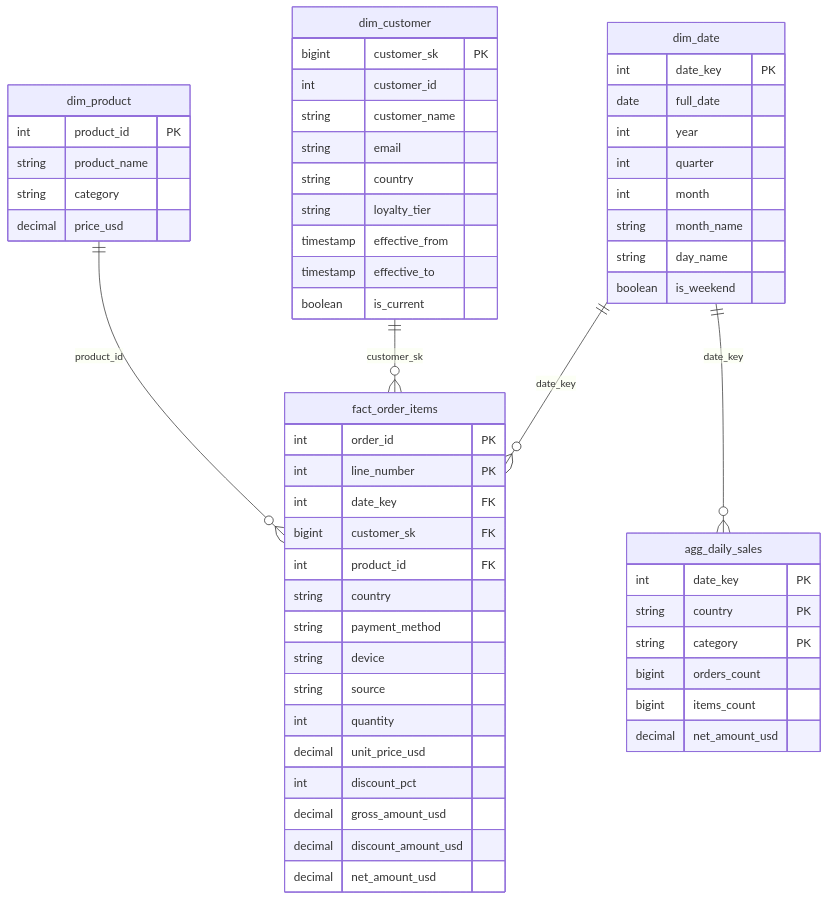
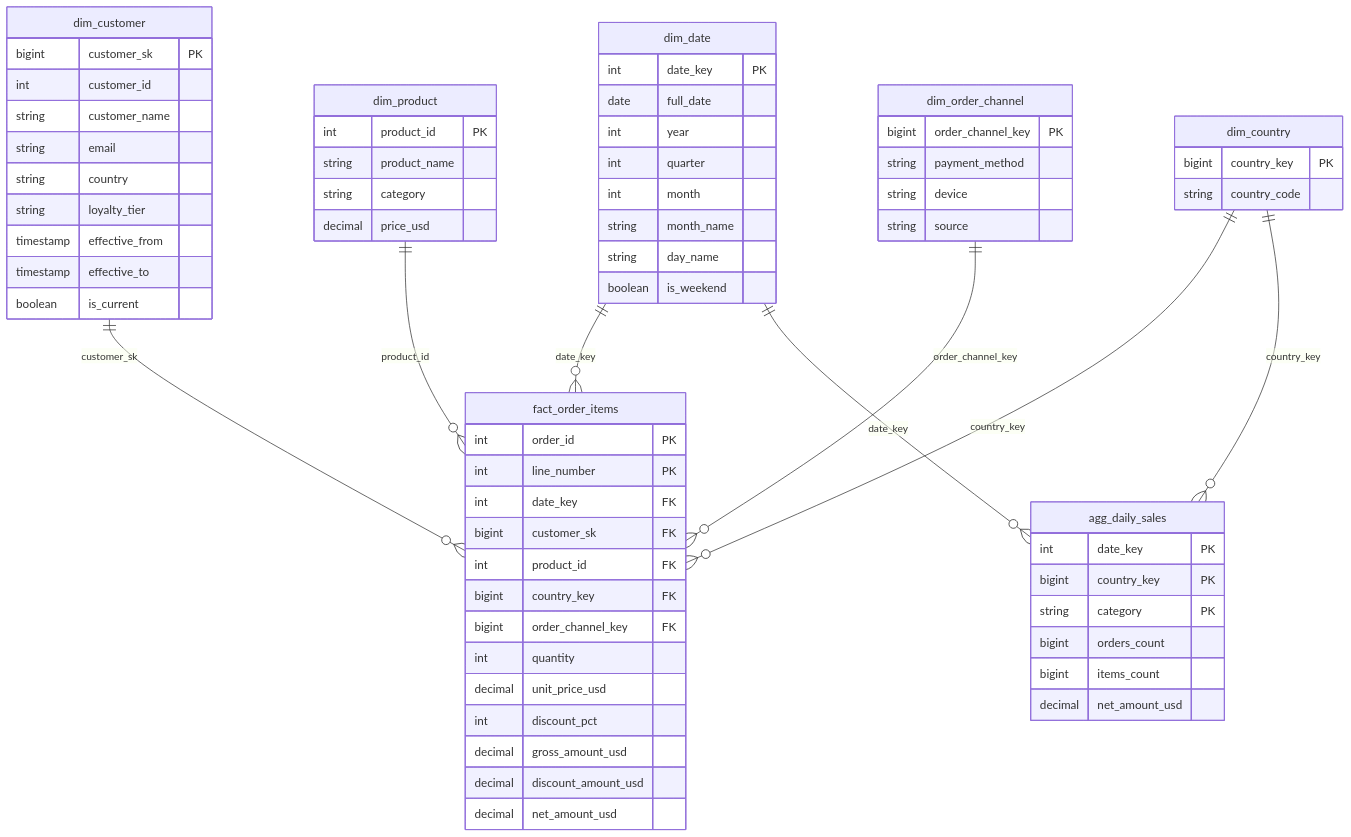
Before and after one commit to kkllppll/data-engineering-databricks: the diagram in lab6/README.md, drawn with Mermaid. The commit also changed other lines of this file and 5 other files, not shown here.

Commit message:
lab6: move order attributes from the fact into dim_country and dim_order_channel

````diff
--- a/lab6/README.md
+++ b/lab6/README.md
@@ -28,59 +28,70 @@
 ```mermaid
 erDiagram
     fact_order_items {
         int order_id PK
         int line_number PK
         int date_key FK
         bigint customer_sk FK
         int product_id FK
-        string country
-        string payment_method
-        string device
-        string source
+        bigint country_key FK
+        bigint order_channel_key FK
         int quantity
         decimal unit_price_usd
         int discount_pct
         decimal gross_amount_usd
         decimal discount_amount_usd
         decimal net_amount_usd
     }
     dim_date {
         int date_key PK
         date full_date
         int year
         int quarter
         int month
         string month_name
         string day_name
         boolean is_weekend
     }
     dim_customer {
         bigint customer_sk PK
         int customer_id
         string customer_name
         string email
         string country
         string loyalty_tier
         timestamp effective_from
         timestamp effective_to
         boolean is_current
     }
     dim_product {
         int product_id PK
         string product_name
         string category
         decimal price_usd
     }
     agg_daily_sales {
         int date_key PK
-        string country PK
+        bigint country_key PK
         string category PK
         bigint orders_count
         bigint items_count
         decimal net_amount_usd
     }
+    dim_country {
+        bigint country_key PK
+        string country_code
+    }
+    dim_order_channel {
+        bigint order_channel_key PK
+        string payment_method
+        string device
+        string source
+    }
     dim_date ||--o{ fact_order_items : date_key
     dim_customer ||--o{ fact_order_items : customer_sk
     dim_product ||--o{ fact_order_items : product_id
     dim_date ||--o{ agg_daily_sales : date_key
+    dim_country ||--o{ fact_order_items : country_key
+    dim_order_channel ||--o{ fact_order_items : order_channel_key
+    dim_country ||--o{ agg_daily_sales : country_key
 ```
````
